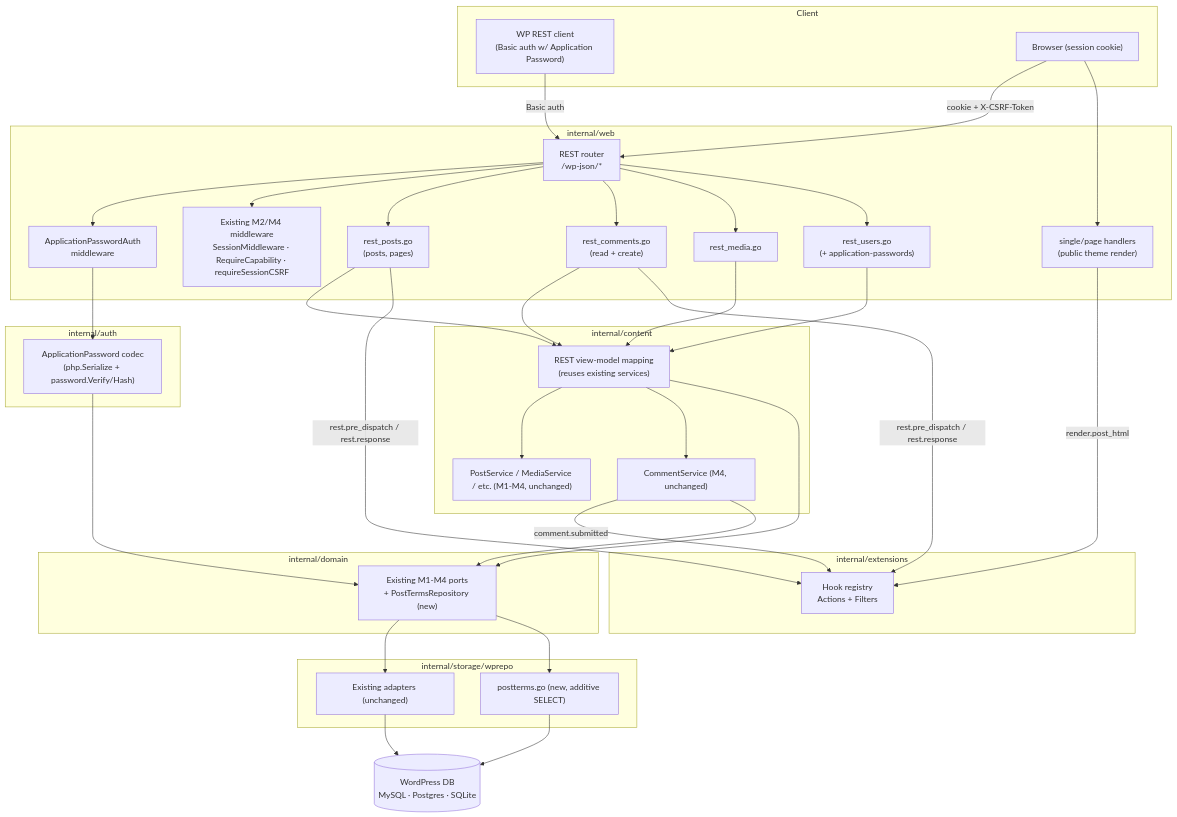
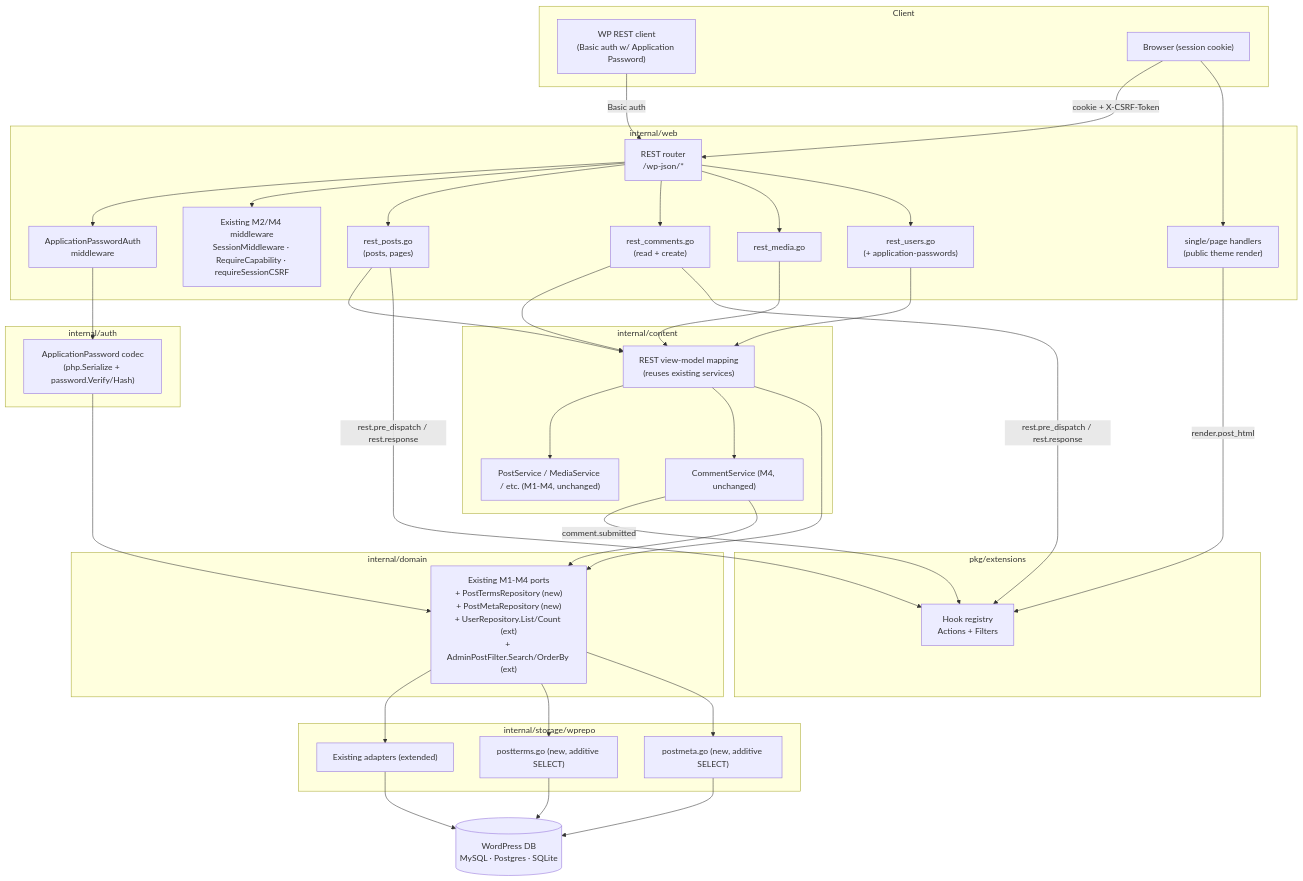
One commit to roboweaver/grimoire changed the first of 5 diagrams in plans/05-extensions-rest-api/design.md. Above: the diagram before and after it, drawn with Mermaid. The commit also changed other lines of this file and 6 other files, not shown here.

````diff
--- a/plans/05-extensions-rest-api/design.md
+++ b/plans/05-extensions-rest-api/design.md
@@ -70,62 +92,63 @@
 ```mermaid
 flowchart TB
   subgraph Client
     RESTClient["WP REST client<br/>(Basic auth w/ Application Password)"]
     Browser["Browser (session cookie)"]
   end
 
   subgraph Web["internal/web"]
     RESTRouter["REST router<br/>/wp-json/*"]
     RESTPosts["rest_posts.go<br/>(posts, pages)"]
     RESTComments["rest_comments.go<br/>(read + create)"]
     RESTMedia["rest_media.go"]
     RESTUsers["rest_users.go<br/>(+ application-passwords)"]
     AppPwAuth["ApplicationPasswordAuth<br/>middleware"]
     MW["Existing M2/M4 middleware<br/>SessionMiddleware · RequireCapability · requireSessionCSRF"]
     Single["single/page handlers<br/>(public theme render)"]
   end
 
-  subgraph Ext["internal/extensions"]
+  subgraph Ext["pkg/extensions"]
     Registry["Hook registry<br/>Actions + Filters"]
   end
 
   subgraph Content["internal/content"]
     RESTSvc["REST view-model mapping<br/>(reuses existing services)"]
     CS["CommentService (M4, unchanged)"]
     PS["PostService / MediaService / etc. (M1-M4, unchanged)"]
   end
 
   subgraph Domain["internal/domain"]
-    Ports["Existing M1-M4 ports<br/>+ PostTermsRepository (new)"]
+    Ports["Existing M1-M4 ports<br/>+ PostTermsRepository (new)<br/>+ PostMetaRepository (new)<br/>+ UserRepository.List/Count (ext)<br/>+ AdminPostFilter.Search/OrderBy (ext)"]
   end
 
   subgraph Storage["internal/storage/wprepo"]
-    Existing["Existing adapters (unchanged)"]
+    Existing["Existing adapters (extended)"]
     PostTerms["postterms.go (new, additive SELECT)"]
+    PostMeta["postmeta.go (new, additive SELECT)"]
   end
 
   subgraph Auth["internal/auth"]
     AppPw["ApplicationPassword codec<br/>(php.Serialize + password.Verify/Hash)"]
   end
 
   DB[("WordPress DB<br/>MySQL · Postgres · SQLite")]
 
   RESTClient -->|"Basic auth"| RESTRouter
   Browser -->|"cookie + X-CSRF-Token"| RESTRouter
   Browser --> Single
   RESTRouter --> AppPwAuth
   AppPwAuth --> AppPw
   RESTRouter --> MW
   RESTRouter --> RESTPosts & RESTComments & RESTMedia & RESTUsers
   RESTPosts & RESTComments & RESTMedia & RESTUsers --> RESTSvc
   RESTSvc --> PS & CS
   RESTComments -->|"rest.pre_dispatch / rest.response"| Registry
   RESTPosts -->|"rest.pre_dispatch / rest.response"| Registry
   Single -->|"render.post_html"| Registry
   CS -->|"comment.submitted"| Registry
   RESTSvc --> Ports
   CS --> Ports
   AppPw --> Ports
-  Ports --> Existing & PostTerms
-  Existing & PostTerms --> DB
+  Ports --> Existing & PostTerms & PostMeta
+  Existing & PostTerms & PostMeta --> DB
 ```
````
